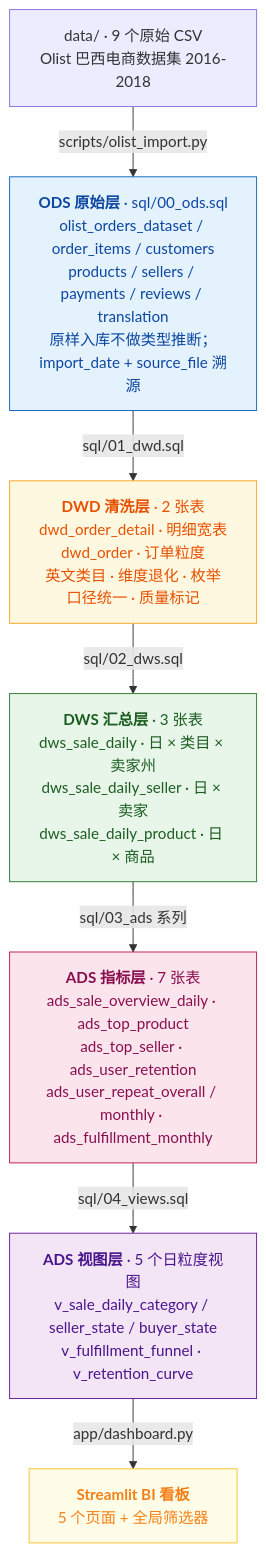
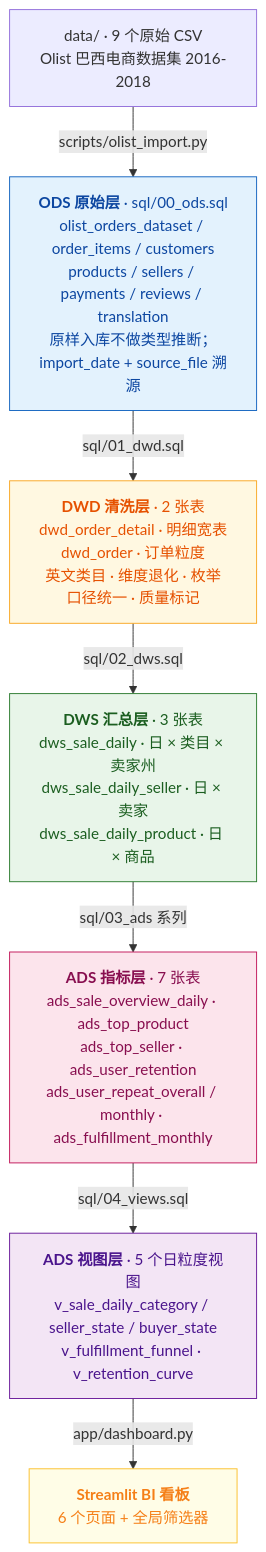
The diagram in README.md (JunYe813/EtlTool), drawn with Mermaid before and after one commit. The commit also changed other lines of this file and 15 other files, not shown here.

````diff
--- a/README.md
+++ b/README.md
@@ -13,42 +13,42 @@
 ```mermaid
 flowchart TD
     CSV["data/ · 9 个原始 CSV<br/>Olist 巴西电商数据集 2016-2018"]
 
     CSV -->|scripts/olist_import.py| ODS
 
     ODS["<b>ODS 原始层</b> · sql/00_ods.sql<br/>olist_orders_dataset / order_items / customers<br/>products / sellers / payments / reviews / translation<br/>原样入库不做类型推断；import_date + source_file 溯源"]
 
     ODS -->|sql/01_dwd.sql| DWD
 
     DWD["<b>DWD 清洗层</b> · 2 张表<br/>dwd_order_detail · 明细宽表<br/>dwd_order · 订单粒度<br/>英文类目 · 维度退化 · 枚举口径统一 · 质量标记"]
 
     DWD -->|sql/02_dws.sql| DWS
 
     DWS["<b>DWS 汇总层</b> · 3 张表<br/>dws_sale_daily · 日 × 类目 × 卖家州<br/>dws_sale_daily_seller · 日 × 卖家<br/>dws_sale_daily_product · 日 × 商品"]
 
     DWS -->|sql/03_ads 系列| ADS
 
     ADS["<b>ADS 指标层</b> · 7 张表<br/>ads_sale_overview_daily · ads_top_product<br/>ads_top_seller · ads_user_retention<br/>ads_user_repeat_overall / monthly · ads_fulfillment_monthly"]
 
     ADS -->|sql/04_views.sql| VIEWS
 
     VIEWS["<b>ADS 视图层</b> · 5 个日粒度视图<br/>v_sale_daily_category / seller_state / buyer_state<br/>v_fulfillment_funnel · v_retention_curve"]
 
     VIEWS -->|app/dashboard.py| BI
 
-    BI["<b>Streamlit BI 看板</b><br/>5 个页面 + 全局筛选器"]
+    BI["<b>Streamlit BI 看板</b><br/>6 个页面 + 全局筛选器"]
 
     classDef ods fill:#e3f2fd,stroke:#1565c0,color:#0d47a1
     classDef dwd fill:#fff8e1,stroke:#f9a825,color:#e65100
     classDef dws fill:#e8f5e9,stroke:#2e7d32,color:#1b5e20
     classDef ads fill:#fce4ec,stroke:#c2185b,color:#880e4f
     classDef vw fill:#f3e5f5,stroke:#6a1b9a,color:#4a148c
     classDef bi fill:#fffde7,stroke:#fbc02d,color:#f57f17
 
     class ODS ods
     class DWD dwd
     class DWS dws
     class ADS ads
     class VIEWS vw
     class BI bi
 ```
````
